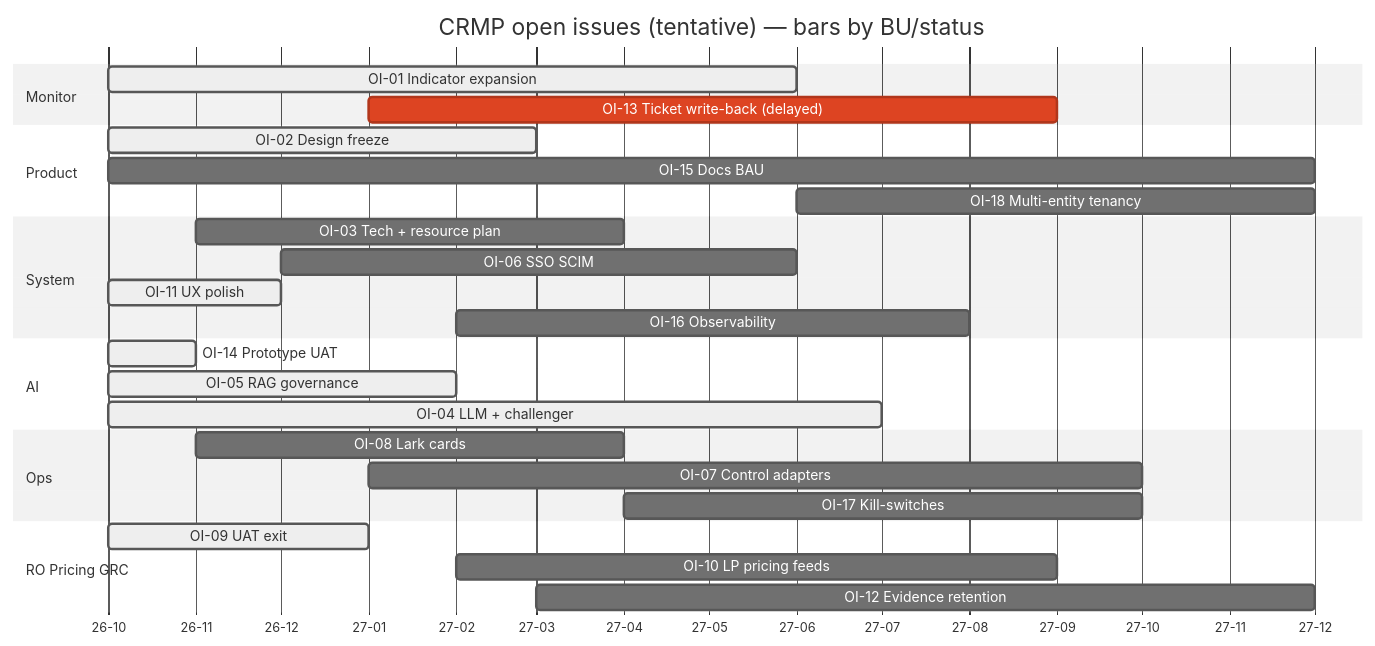
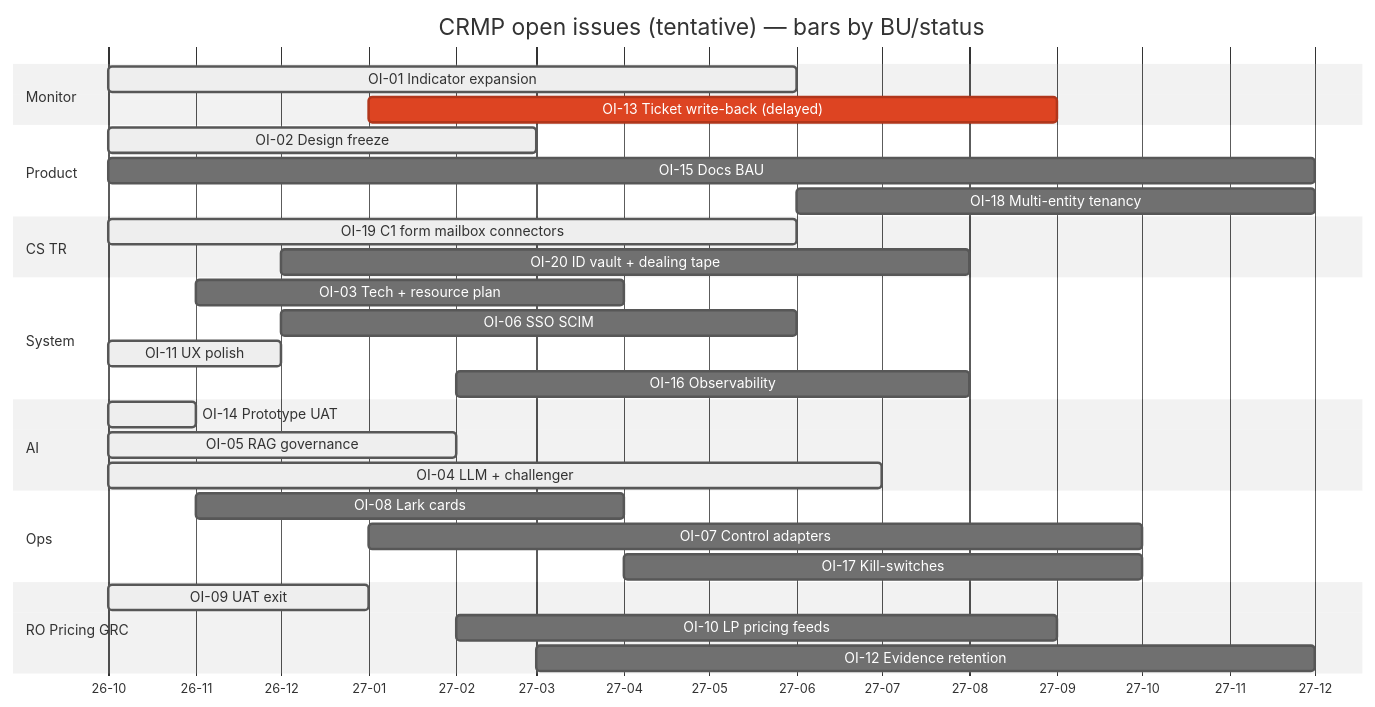
The diagram in platform/docs/PROGRESS.md (hxyan2020/PRD), drawn with Mermaid (neutral theme) before and after one commit. The commit also changed other lines of this file and 41 other files, not shown here.

````diff
--- a/platform/docs/PROGRESS.md
+++ b/platform/docs/PROGRESS.md
@@ -41,30 +43,33 @@
 ```mermaid
 gantt
   title CRMP open issues (tentative) — bars by BU/status
   dateFormat YYYY-MM
   axisFormat %y-%m
   section Monitor
   OI-01 Indicator expansion           :active, 2026-10, 2027-06
   OI-13 Ticket write-back (delayed)   :crit, 2027-01, 2027-09
   section Product
   OI-02 Design freeze                 :active, 2026-10, 2027-03
   OI-15 Docs BAU                      :2026-10, 2027-12
   OI-18 Multi-entity tenancy          :2027-06, 2027-12
+  section CS TR
+  OI-19 C1 form mailbox connectors    :active, 2026-10, 2027-06
+  OI-20 ID vault + dealing tape       :2026-12, 2027-08
   section System
   OI-03 Tech + resource plan          :2026-11, 2027-04
   OI-06 SSO SCIM                      :2026-12, 2027-06
   OI-11 UX polish                     :active, 2026-10, 2026-12
   OI-16 Observability                 :2027-02, 2027-08
   section AI
   OI-14 Prototype UAT                 :active, 2026-10, 2026-11
   OI-05 RAG governance                :active, 2026-10, 2027-02
   OI-04 LLM + challenger              :active, 2026-10, 2027-07
   section Ops
   OI-08 Lark cards                    :2026-11, 2027-04
   OI-07 Control adapters              :2027-01, 2027-10
   OI-17 Kill-switches                 :2027-04, 2027-10
   section RO Pricing GRC
   OI-09 UAT exit                      :active, 2026-10, 2027-01
   OI-10 LP pricing feeds              :2027-02, 2027-09
   OI-12 Evidence retention            :2027-03, 2027-12
 ```
````
